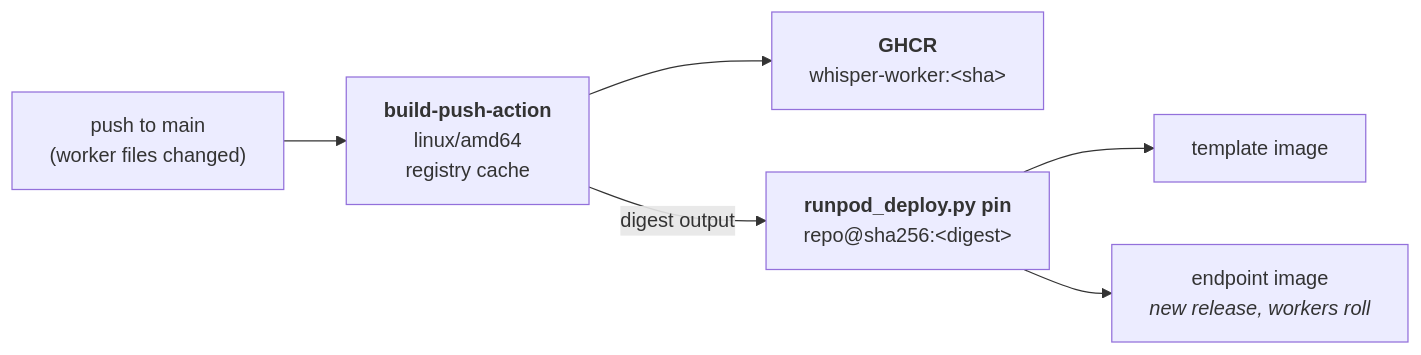
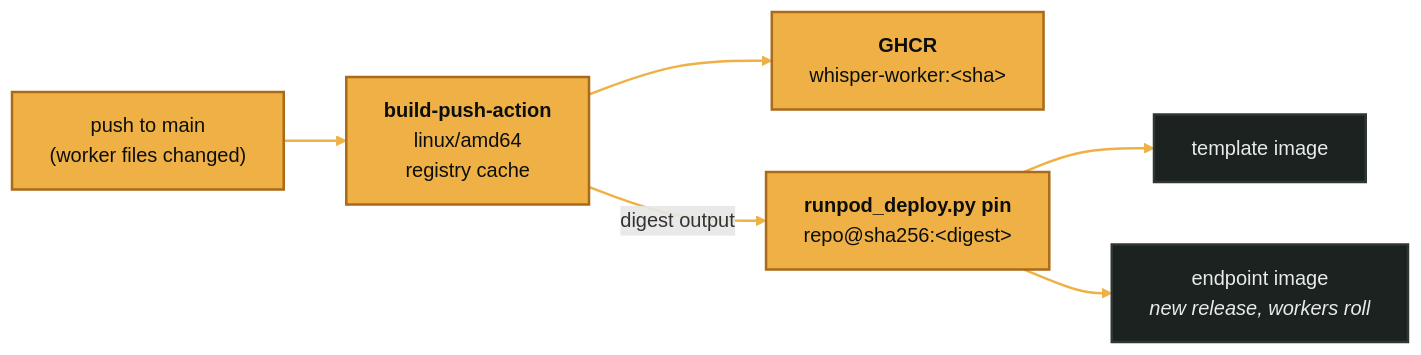
One commit to BitWise-0x/GPU-Cloud-Ai-recipes changed the second of 2 diagrams in runpod/serverless/whisper/README.md. Above: the diagram before and after it, drawn with Mermaid. The commit also changed other lines of this file and 8 other files, not shown here.

Commit message:
Restyle the diagrams in amber and black and add the BitWise footer

````diff
--- a/runpod/serverless/whisper/README.md
+++ b/runpod/serverless/whisper/README.md
@@ -192,14 +193,18 @@
 ```mermaid
 graph LR
     push["push to main<br>(worker files changed)"]
     build["<b>build-push-action</b><br>linux/amd64<br>registry cache"]
     ghcr["<b>GHCR</b><br>whisper-worker:&lt;sha&gt;"]
     pin["<b>runpod_deploy.py pin</b><br>repo@sha256:&lt;digest&gt;"]
     tpl["template image"]
     ep["endpoint image<br><i>new release, workers roll</i>"]
 
     push --> build --> ghcr
     build -->|"digest output"| pin
     pin --> tpl
     pin --> ep
+    classDef default fill:#efb146,stroke:#a96a19,stroke-width:2px,color:#0c0f0e
+    classDef quiet fill:#1b221f,stroke:#2e3733,stroke-width:2px,color:#e7ece8
+    linkStyle default stroke:#efb146,stroke-width:2px
+    class tpl,ep quiet
 ```
````
